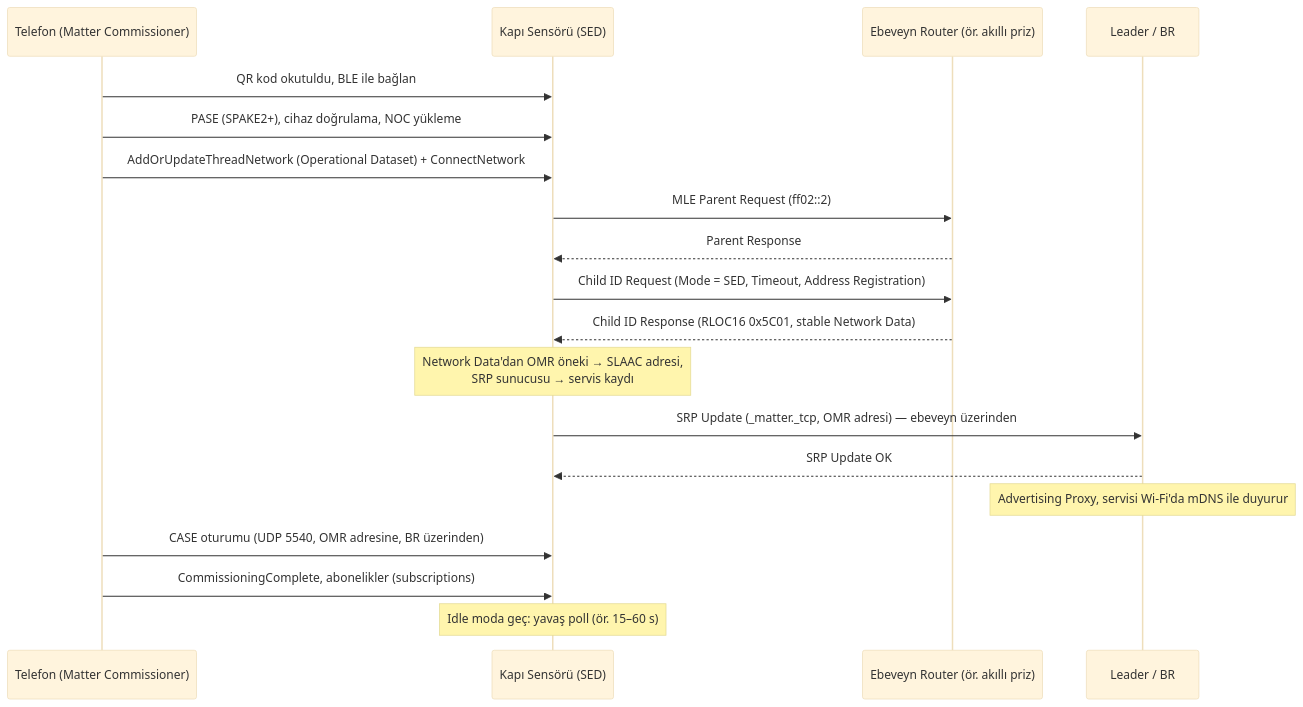
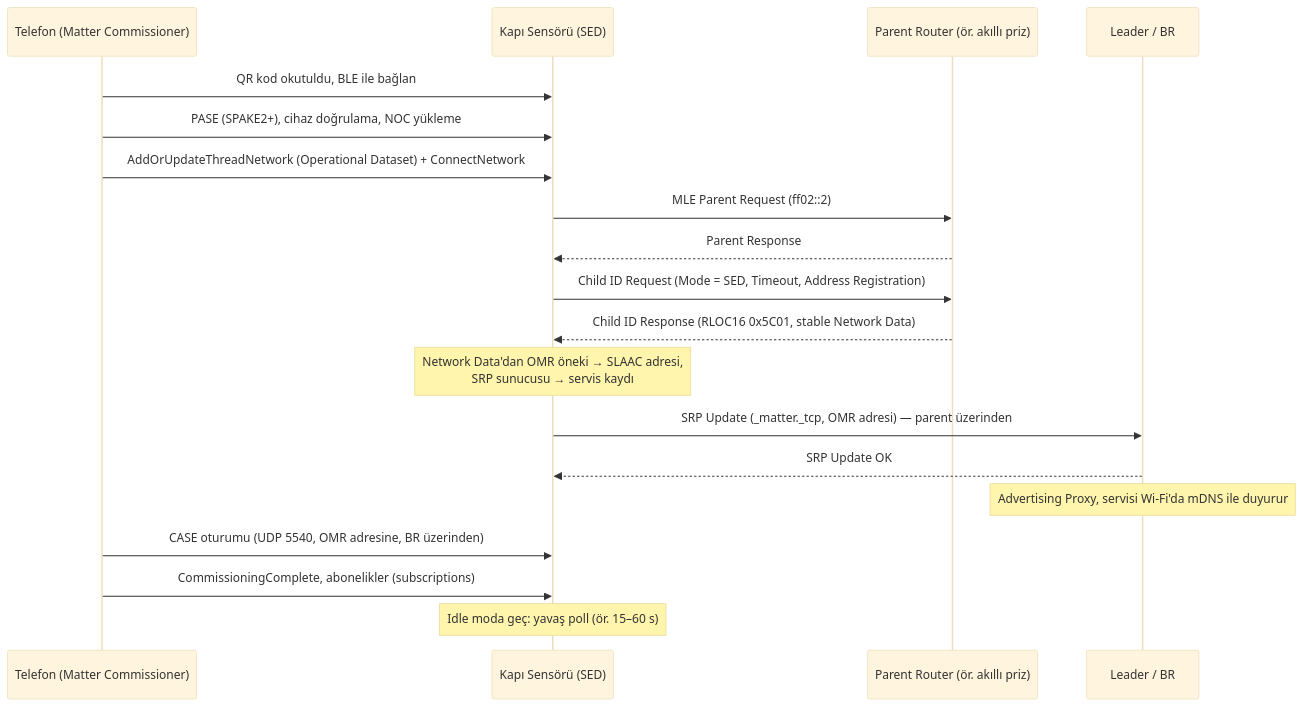
Before and after one commit to Berkancelik/thread-architecture: the first of 2 diagrams in bolumler/22-senaryolar.md, drawn with Mermaid (base theme). The commit also changed other lines of this file and 31 other files, not shown here.

````diff
--- a/bolumler/22-senaryolar.md
+++ b/bolumler/22-senaryolar.md
@@ -26,21 +26,21 @@
 ```mermaid
 sequenceDiagram
     participant U as Telefon (Matter Commissioner)
     participant S as Kapı Sensörü (SED)
-    participant P as Ebeveyn Router (ör. akıllı priz)
+    participant P as Parent Router (ör. akıllı priz)
     participant L as Leader / BR
     U->>S: QR kod okutuldu, BLE ile bağlan
     U->>S: PASE (SPAKE2+), cihaz doğrulama, NOC yükleme
     U->>S: AddOrUpdateThreadNetwork (Operational Dataset) + ConnectNetwork
     S->>P: MLE Parent Request (ff02::2)
     P-->>S: Parent Response
     S->>P: Child ID Request (Mode = SED, Timeout, Address Registration)
     P-->>S: Child ID Response (RLOC16 0x5C01, stable Network Data)
     Note over S: Network Data'dan OMR öneki → SLAAC adresi,<br/>SRP sunucusu → servis kaydı
-    S->>L: SRP Update (_matter._tcp, OMR adresi) — ebeveyn üzerinden
+    S->>L: SRP Update (_matter._tcp, OMR adresi) — parent üzerinden
     L-->>S: SRP Update OK
     Note over L: Advertising Proxy, servisi Wi-Fi'da mDNS ile duyurur
     U->>S: CASE oturumu (UDP 5540, OMR adresine, BR üzerinden)
     U->>S: CommissioningComplete, abonelikler (subscriptions)
     Note over S: Idle moda geç: yavaş poll (ör. 15–60 s)
 ```
````
